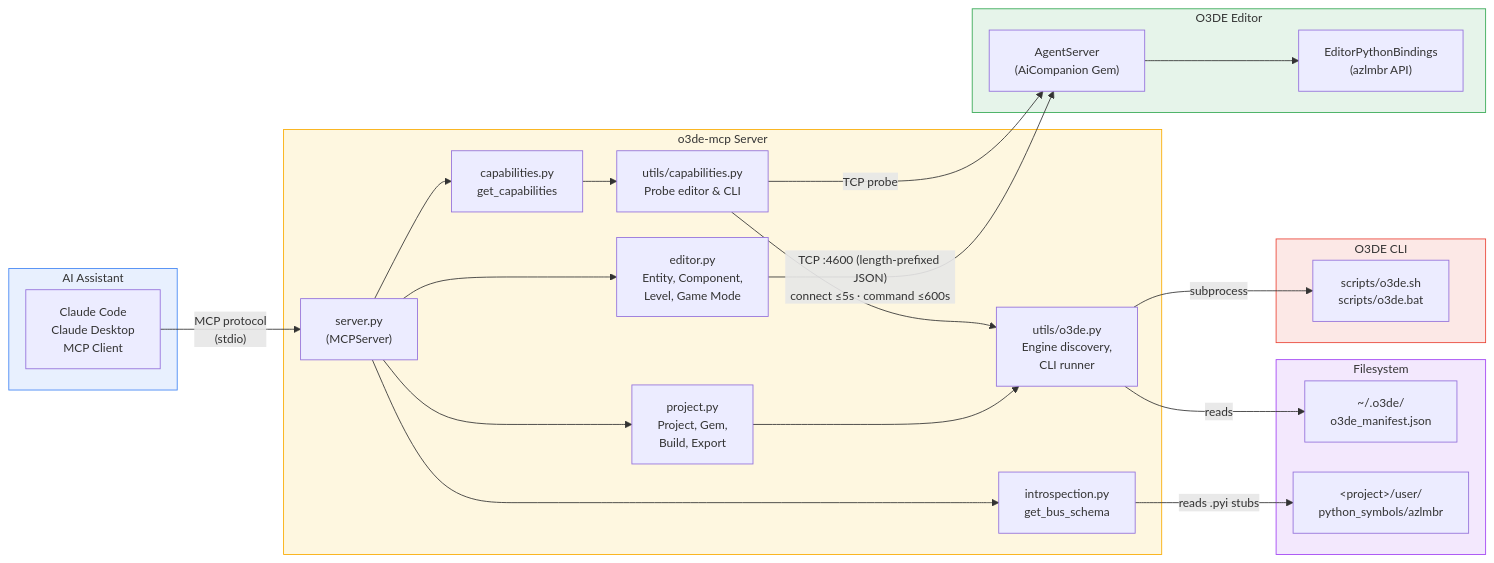
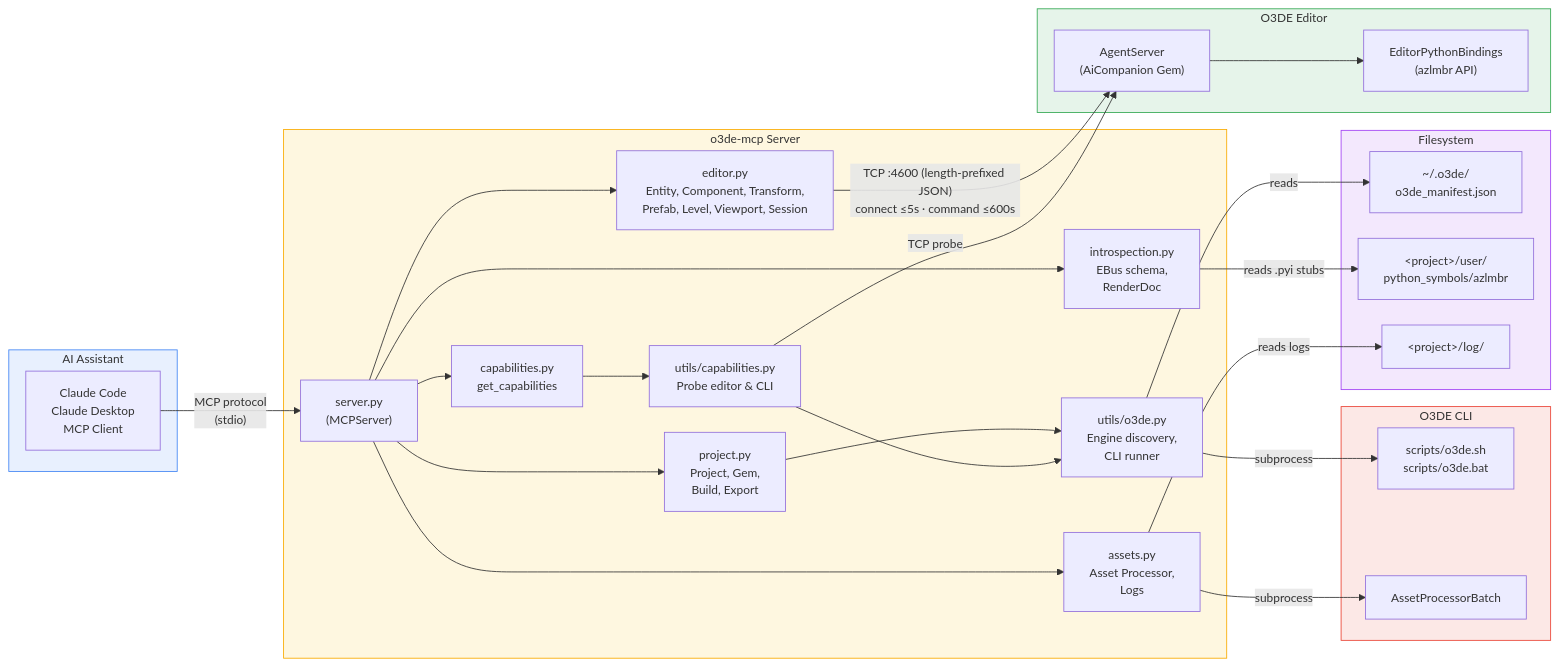
One commit to nickschuetz/o3de-mcp changed the diagram in docs/architecture.md. Above: the diagram before and after it, drawn with Mermaid. The commit also changed other lines of this file and 4 other files, not shown here.

````diff
--- a/docs/architecture.md
+++ b/docs/architecture.md
@@ -13,59 +13,65 @@
 ```mermaid
 ---
 config:
   themeVariables:
     fontSize: 14px
   flowchart:
     nodeSpacing: 30
     rankSpacing: 40
 ---
 graph LR
     subgraph AI["AI Assistant"]
         CC["Claude Code<br/>Claude Desktop<br/>MCP Client"]
     end
 
     subgraph MCP["o3de-mcp Server"]
         S["server.py<br/>(MCPServer)"]
         CAP["capabilities.py<br/>get_capabilities"]
-        ED["editor.py<br/>Entity, Component,<br/>Level, Game Mode"]
-        INTRO["introspection.py<br/>get_bus_schema"]
+        ED["editor.py<br/>Entity, Component, Transform,<br/>Prefab, Level, Viewport, Session"]
+        INTRO["introspection.py<br/>EBus schema,<br/>RenderDoc"]
         PR["project.py<br/>Project, Gem,<br/>Build, Export"]
+        ASSET["assets.py<br/>Asset Processor,<br/>Logs"]
         UC["utils/capabilities.py<br/>Probe editor & CLI"]
         UO["utils/o3de.py<br/>Engine discovery,<br/>CLI runner"]
     end
 
     subgraph O3DE["O3DE Editor"]
         AS["AgentServer<br/>(AiCompanion Gem)"]
         EPB["EditorPythonBindings<br/>(azlmbr API)"]
     end
 
     subgraph CLI["O3DE CLI"]
         SCRIPT["scripts/o3de.sh<br/>scripts/o3de.bat"]
+        APB["AssetProcessorBatch"]
     end
 
     subgraph FS["Filesystem"]
         MANIFEST["~/.o3de/<br/>o3de_manifest.json"]
         STUBS["&lt;project&gt;/user/<br/>python_symbols/azlmbr"]
+        LOGS["&lt;project&gt;/log/"]
     end
 
     CC -- "MCP protocol<br/>(stdio)" --> S
     S --> CAP
     S --> ED
     S --> INTRO
     S --> PR
+    S --> ASSET
     CAP --> UC
     ED -- "TCP :4600 (length-prefixed JSON)<br/>connect ≤5s · command ≤600s" --> AS
     AS --> EPB
     INTRO -- "reads .pyi stubs" --> STUBS
     PR --> UO
+    ASSET -- "reads logs" --> LOGS
+    ASSET -- subprocess --> APB
     UO -- subprocess --> SCRIPT
     UO -- reads --> MANIFEST
     UC --> UO
     UC -- "TCP probe" --> AS
 
     style AI fill:#e8f0fe,stroke:#4285f4
     style MCP fill:#fef7e0,stroke:#f9ab00
     style O3DE fill:#e6f4ea,stroke:#34a853
     style CLI fill:#fce8e6,stroke:#ea4335
     style FS fill:#f3e8fd,stroke:#a142f4
 ```
````
